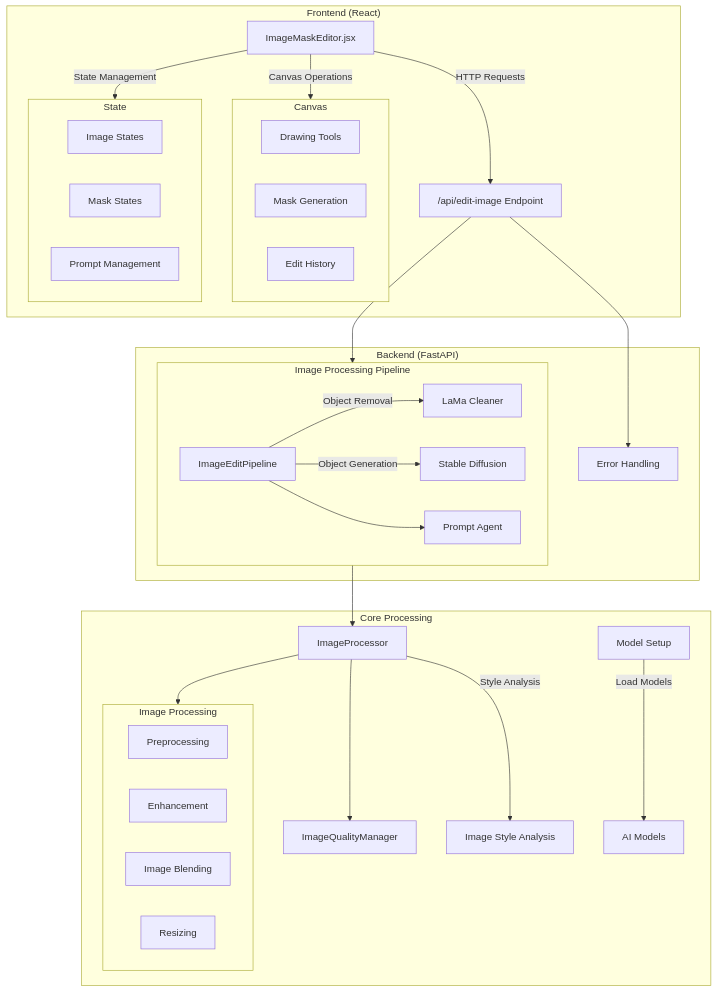
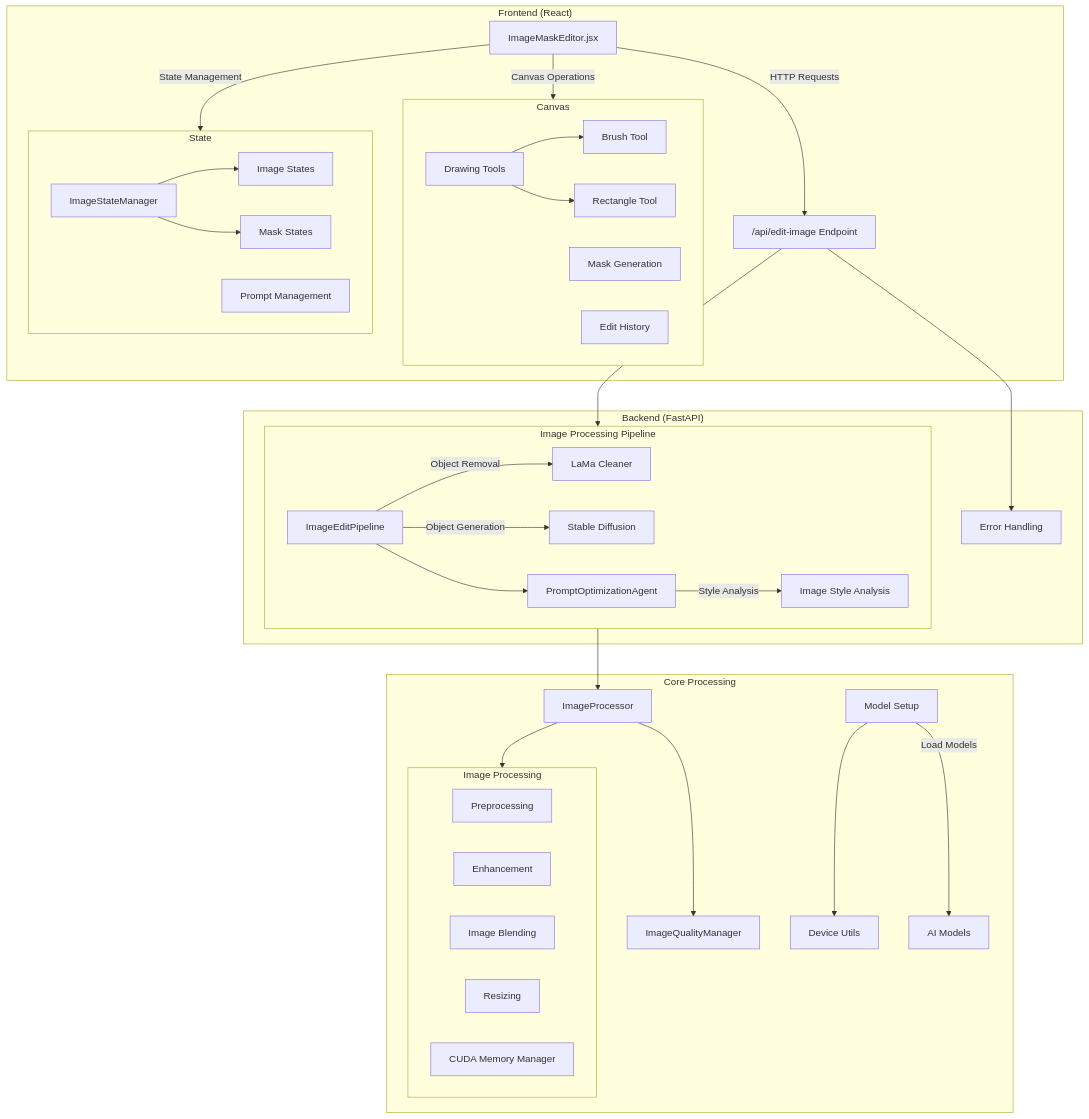
Before and after one commit to juyeonbae/ktb-9-ai: the first of 2 diagrams in README.md, drawn with Mermaid.

````diff
--- a/README.md
+++ b/README.md
@@ -2,54 +2,64 @@
 ```mermaid
 graph TB
     subgraph Frontend["Frontend (React)"]
         UI[ImageMaskEditor.jsx]
         UI --> |"HTTP Requests"| API
         UI --> |"Canvas Operations"| Canvas[Canvas Management]
         UI --> |"State Management"| State[Image State]
         
         subgraph Canvas
             Draw[Drawing Tools]
             Mask[Mask Generation]
             History[Edit History]
+            BrushTool[Brush Tool]
+            RectTool[Rectangle Tool]
+            Draw --> BrushTool
+            Draw --> RectTool
         end
         
         subgraph State
             ImgState[Image States]
             MaskState[Mask States]
             PromptState[Prompt Management]
+            ImageStateManager[ImageStateManager]
+            ImageStateManager --> ImgState
+            ImageStateManager --> MaskState
         end
     end
 
     subgraph Backend["Backend (FastAPI)"]
         API["/api/edit-image Endpoint"] 
         API --> Pipeline
         API --> ErrorHandle[Error Handling]
         
         subgraph Pipeline["Image Processing Pipeline"]
             Inference[ImageEditPipeline]
             Inference --> |"Object Removal"| Lama[LaMa Cleaner]
             Inference --> |"Object Generation"| SD[Stable Diffusion]
-            Inference --> PA[Prompt Agent]
+            Inference --> PA[PromptOptimizationAgent]
+            PA --> |"Style Analysis"| StyleAnalysis[Image Style Analysis]
         end
     end
 
     subgraph Core["Core Processing"]
         ImgProc[ImageProcessor]
         QualityMgr[ImageQualityManager]
-        ModelSetup[Model Setup]
+        DeviceUtils[Device Utils]
         
         ImgProc --> QualityMgr
-        ImgProc --> |"Style Analysis"| Style[Image Style Analysis]
+        ModelSetup[Model Setup]
         ModelSetup --> |"Load Models"| Models[AI Models]
+        ModelSetup --> DeviceUtils
         
         subgraph Processing["Image Processing"]
             Preprocess[Preprocessing]
             Enhance[Enhancement]
             Blend[Image Blending]
             Resize[Resizing]
+            MemoryMgr[CUDA Memory Manager]
         end
     end
     
     Pipeline --> ImgProc
     ImgProc --> Processing
 ```
````
